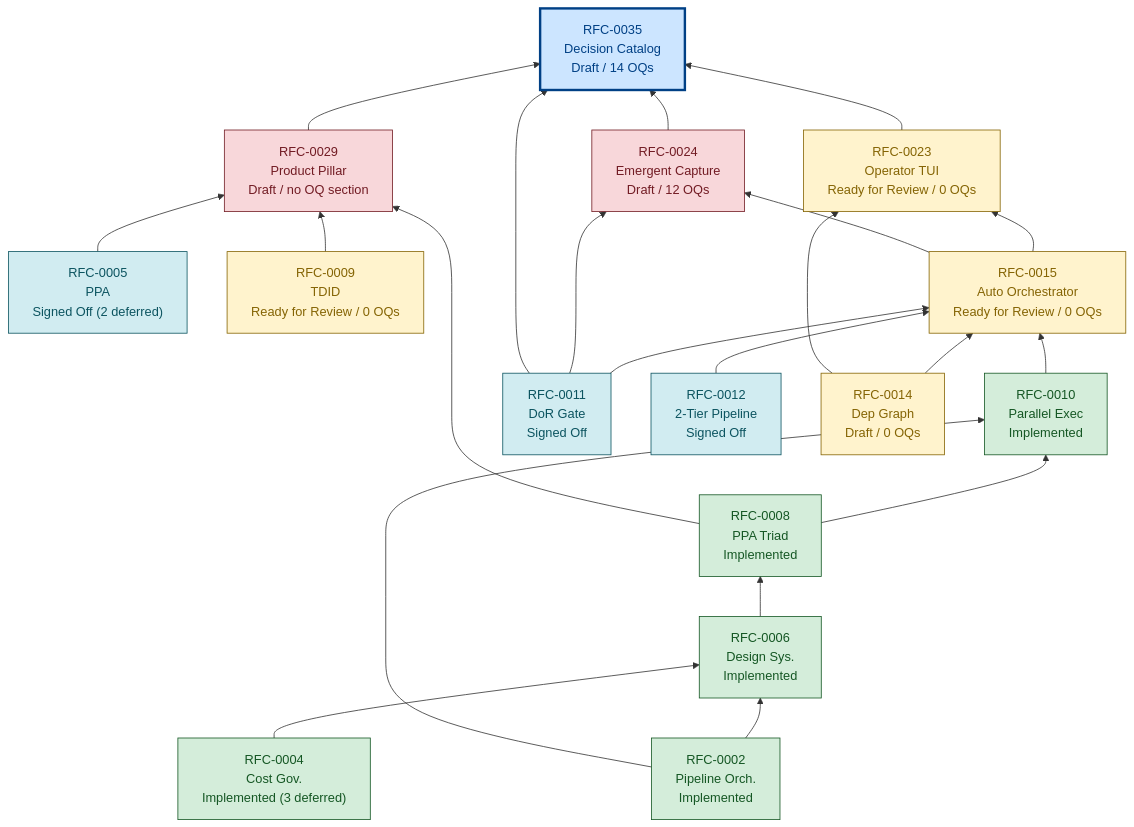
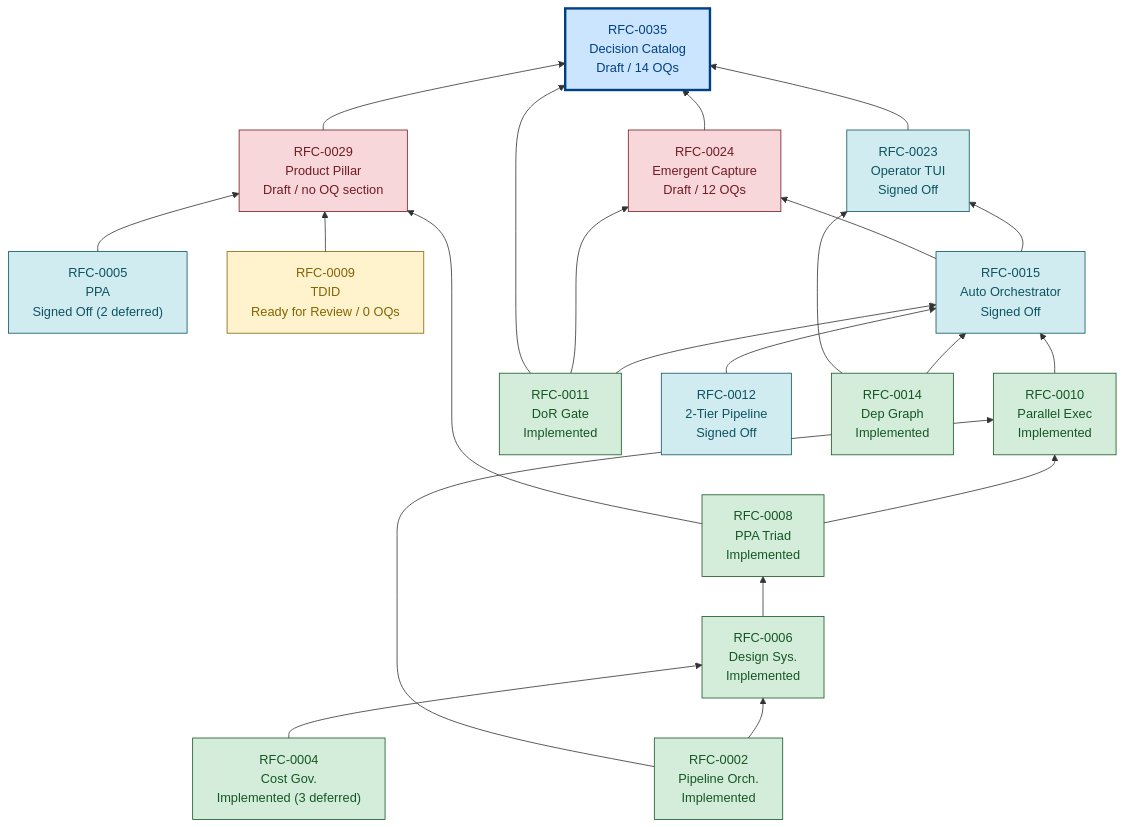
One commit to ai-sdlc-framework/ai-sdlc changed the diagram in spec/rfcs/README.md. Above: the diagram before and after it, drawn with Mermaid. The commit also changed other lines of this file and 4 other files, not shown here.

````diff
--- a/spec/rfcs/README.md
+++ b/spec/rfcs/README.md
@@ -442,55 +442,55 @@
 ```mermaid
 graph BT
     %% Critical-path graph rooted at RFC-0035 (Decision Catalog)
     %% Edge direction: child requires parent (bottom-up)
     %% Color: green = design locked, blue = signed off, yellow = ready for review / 0 OQs draft, red = OQs open, bold = target
 
     RFC0002["RFC-0002<br/>Pipeline Orch.<br/>Implemented"]
     RFC0004["RFC-0004<br/>Cost Gov.<br/>Implemented (3 deferred)"]
     RFC0005["RFC-0005<br/>PPA<br/>Signed Off (2 deferred)"]
     RFC0006["RFC-0006<br/>Design Sys.<br/>Implemented"]
     RFC0008["RFC-0008<br/>PPA Triad<br/>Implemented"]
     RFC0009["RFC-0009<br/>TDID<br/>Ready for Review / 0 OQs"]
     RFC0010["RFC-0010<br/>Parallel Exec<br/>Implemented"]
-    RFC0011["RFC-0011<br/>DoR Gate<br/>Signed Off"]
+    RFC0011["RFC-0011<br/>DoR Gate<br/>Implemented"]
     RFC0012["RFC-0012<br/>2-Tier Pipeline<br/>Signed Off"]
-    RFC0014["RFC-0014<br/>Dep Graph<br/>Draft / 0 OQs"]
-    RFC0015["RFC-0015<br/>Auto Orchestrator<br/>Ready for Review / 0 OQs"]
-    RFC0023["RFC-0023<br/>Operator TUI<br/>Ready for Review / 0 OQs"]
+    RFC0014["RFC-0014<br/>Dep Graph<br/>Implemented"]
+    RFC0015["RFC-0015<br/>Auto Orchestrator<br/>Signed Off"]
+    RFC0023["RFC-0023<br/>Operator TUI<br/>Signed Off"]
     RFC0024["RFC-0024<br/>Emergent Capture<br/>Draft / 12 OQs"]
     RFC0029["RFC-0029<br/>Product Pillar<br/>Draft / no OQ section"]
     RFC0035["RFC-0035<br/>Decision Catalog<br/>Draft / 14 OQs"]
 
     RFC0002 --> RFC0006
     RFC0004 --> RFC0006
     RFC0006 --> RFC0008
     RFC0002 --> RFC0010
     RFC0008 --> RFC0010
     RFC0010 --> RFC0015
     RFC0011 --> RFC0015
     RFC0012 --> RFC0015
     RFC0014 --> RFC0015
     RFC0014 --> RFC0023
     RFC0015 --> RFC0023
     RFC0011 --> RFC0024
     RFC0015 --> RFC0024
     RFC0005 --> RFC0029
     RFC0008 --> RFC0029
     RFC0009 --> RFC0029
     RFC0011 --> RFC0035
     RFC0023 --> RFC0035
     RFC0024 --> RFC0035
     RFC0029 --> RFC0035
 
     classDef implemented fill:#d4edda,stroke:#155724,color:#155724
     classDef signedOff fill:#d1ecf1,stroke:#0c5460,color:#0c5460
     classDef readyOrZero fill:#fff3cd,stroke:#856404,color:#856404
     classDef draftOpen fill:#f8d7da,stroke:#721c24,color:#721c24
     classDef target fill:#cce5ff,stroke:#004085,color:#004085,stroke-width:3px
 
-    class RFC0002,RFC0004,RFC0006,RFC0008,RFC0010 implemented
-    class RFC0005,RFC0011,RFC0012 signedOff
-    class RFC0009,RFC0014,RFC0015,RFC0023 readyOrZero
+    class RFC0002,RFC0004,RFC0006,RFC0008,RFC0010,RFC0011,RFC0014 implemented
+    class RFC0005,RFC0012,RFC0015,RFC0023 signedOff
+    class RFC0009 readyOrZero
     class RFC0024,RFC0029 draftOpen
     class RFC0035 target
 ```
````
